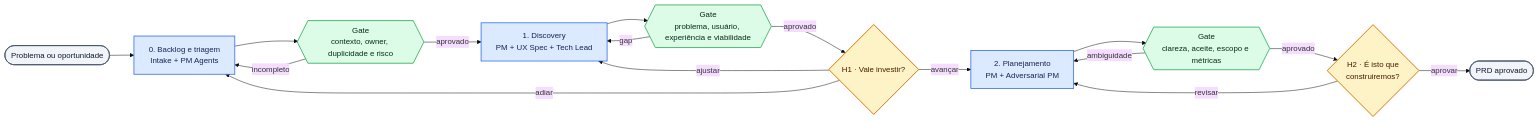
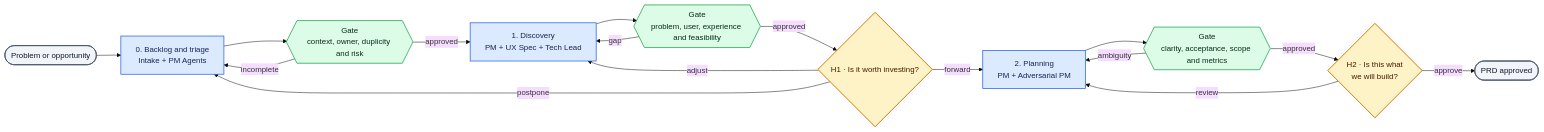
Before and after one commit to diododias/ai-manifest: the second of 6 diagrams in workspaces/tech-lead/docs/rules/journey-by-phase.md, drawn with Mermaid (base theme). The commit also changed other lines of this file and 294 other files, not shown here.

````diff
--- a/workspaces/tech-lead/docs/rules/journey-by-phase.md
+++ b/workspaces/tech-lead/docs/rules/journey-by-phase.md
@@ -41,39 +41,39 @@
 ```mermaid
 flowchart LR
-    IN([Problema ou oportunidade])
+    IN([Problem or opportunity])
 
-    S0["0. Backlog e triagem<br/>Intake + PM Agents"]
-    G0{{"Gate<br/>contexto, owner, duplicidade e risco"}}
+    S0["0. Backlog and triage<br/>Intake + PM Agents"]
+    G0{{"Gate<br/>context, owner, duplicity and risk"}}
 
     S1["1. Discovery<br/>PM + UX Spec + Tech Lead"]
-    G1{{"Gate<br/>problema, usuário, experiência e viabilidade"}}
-    H1{"H1 · Vale investir?"}
+    G1{{"Gate<br/>problem, user, experience and feasibility"}}
+    H1{"H1 · Is it worth investing?"}
 
-    S2["2. Planejamento<br/>PM + Adversarial PM"]
-    G2{{"Gate<br/>clareza, aceite, escopo e métricas"}}
-    H2{"H2 · É isto que<br/>construiremos?"}
+    S2["2. Planning<br/>PM + Adversarial PM"]
+    G2{{"Gate<br/>clarity, acceptance, scope and metrics"}}
+    H2{"H2 · Is this what<br/>we will build?"}
 
-    OUT([PRD aprovado])
+    OUT([PRD approved])
 
     IN --> S0 --> G0
-    G0 -- "incompleto" --> S0
-    G0 -- "aprovado" --> S1 --> G1
+    G0 -- "incomplete" --> S0
+    G0 -- "approved" --> S1 --> G1
     G1 -- "gap" --> S1
-    G1 -- "aprovado" --> H1
-    H1 -- "ajustar" --> S1
-    H1 -- "adiar" --> S0
-    H1 -- "avançar" --> S2 --> G2
-    G2 -- "ambiguidade" --> S2
-    G2 -- "aprovado" --> H2
-    H2 -- "revisar" --> S2
-    H2 -- "aprovar" --> OUT
+    G1 -- "approved" --> H1
+    H1 -- "adjust" --> S1
+    H1 -- "postpone" --> S0
+    H1 -- "forward" --> S2 --> G2
+    G2 -- "ambiguity" --> S2
+    G2 -- "approved" --> H2
+    H2 -- "review" --> S2
+    H2 -- "approve" --> OUT
 
     classDef agent fill:#dbeafe,stroke:#2563eb,color:#172554,stroke-width:1.5px;
     classDef automation fill:#dcfce7,stroke:#16a34a,color:#052e16,stroke-width:1.5px;
     classDef human fill:#fef3c7,stroke:#d97706,color:#451a03,stroke-width:2px;
     classDef terminal fill:#f1f5f9,stroke:#475569,color:#0f172a,stroke-width:1.5px;
     class S0,S1,S2 agent;
     class G0,G1,G2 automation;
     class H1,H2 human;
     class IN,OUT terminal;
 ```
````
